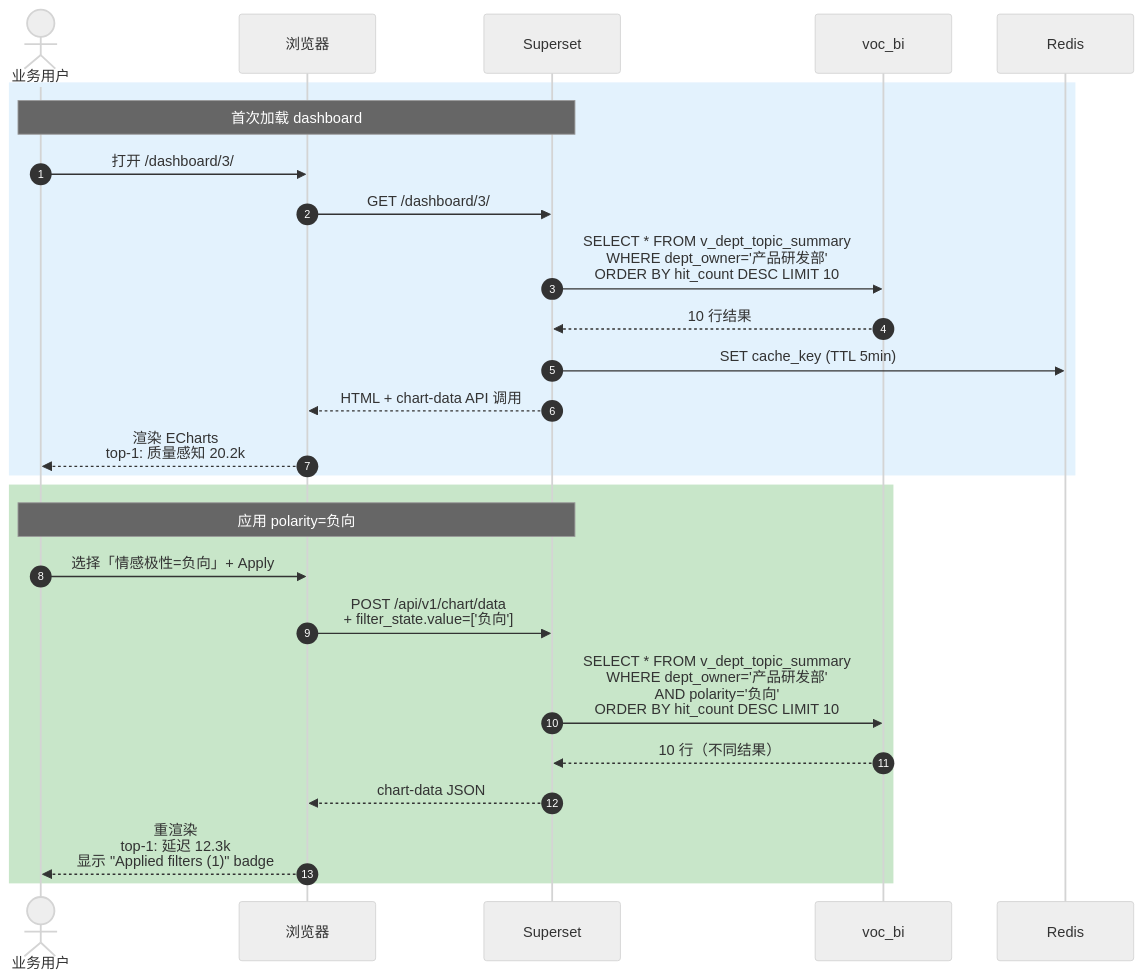
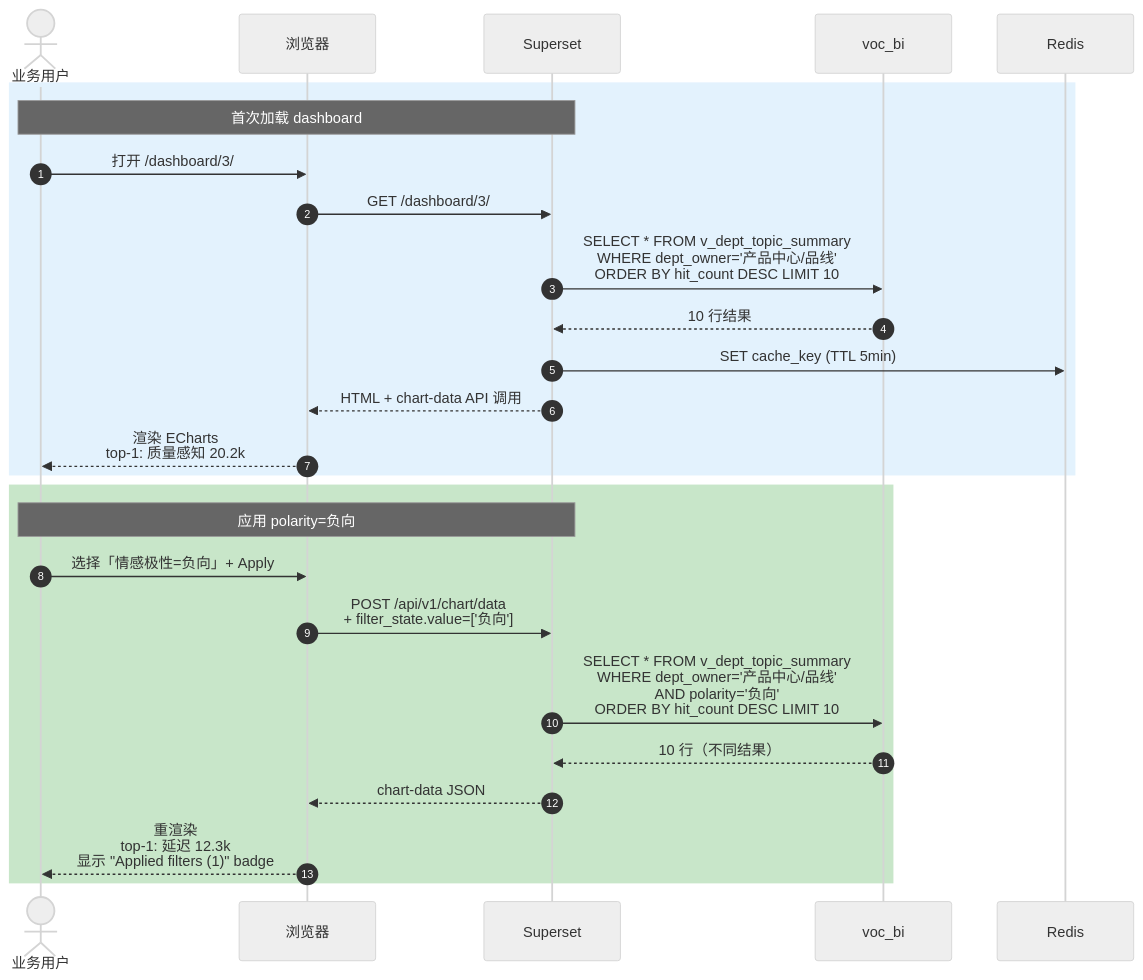
One commit to zjgulai/paper_to_skills changed the seventh of 10 diagrams in paper2skills-vault/07-NLP-VOC/research/01-设计文档/00-Phase5-汇报与复盘/phase7-architecture-diagrams.md. Above: the diagram before and after it, drawn with Mermaid (neutral theme). The commit also changed other lines of this file and 341 other files, not shown here.

````diff
--- a/paper2skills-vault/07-NLP-VOC/research/01-设计文档/00-Phase5-汇报与复盘/phase7-architecture-diagrams.md
+++ b/paper2skills-vault/07-NLP-VOC/research/01-设计文档/00-Phase5-汇报与复盘/phase7-architecture-diagrams.md
@@ -276,30 +276,30 @@
 ```mermaid
 sequenceDiagram
     autonumber
     actor U as 业务用户
     participant B as 浏览器
     participant SS as Superset
     participant PG as voc_bi
     participant CACHE as Redis
 
     rect rgb(227, 242, 253)
         Note over U,SS: 首次加载 dashboard
         U->>B: 打开 /dashboard/3/
         B->>SS: GET /dashboard/3/
-        SS->>PG: SELECT * FROM v_dept_topic_summary<br/>WHERE dept_owner='产品研发部'<br/>ORDER BY hit_count DESC LIMIT 10
+        SS->>PG: SELECT * FROM v_dept_topic_summary<br/>WHERE dept_owner='产品中心/品线'<br/>ORDER BY hit_count DESC LIMIT 10
         PG-->>SS: 10 行结果
         SS->>CACHE: SET cache_key (TTL 5min)
         SS-->>B: HTML + chart-data API 调用
         B-->>U: 渲染 ECharts<br/>top-1: 质量感知 20.2k
     end
 
     rect rgb(200, 230, 201)
         Note over U,SS: 应用 polarity=负向
         U->>B: 选择「情感极性=负向」+ Apply
         B->>SS: POST /api/v1/chart/data<br/>+ filter_state.value=['负向']
-        SS->>PG: SELECT * FROM v_dept_topic_summary<br/>WHERE dept_owner='产品研发部'<br/>  AND polarity='负向'<br/>ORDER BY hit_count DESC LIMIT 10
+        SS->>PG: SELECT * FROM v_dept_topic_summary<br/>WHERE dept_owner='产品中心/品线'<br/>  AND polarity='负向'<br/>ORDER BY hit_count DESC LIMIT 10
         PG-->>SS: 10 行（不同结果）
         SS-->>B: chart-data JSON
         B-->>U: 重渲染<br/>top-1: 延迟 12.3k<br/>显示 "Applied filters (1)" badge
     end
 ```
````
